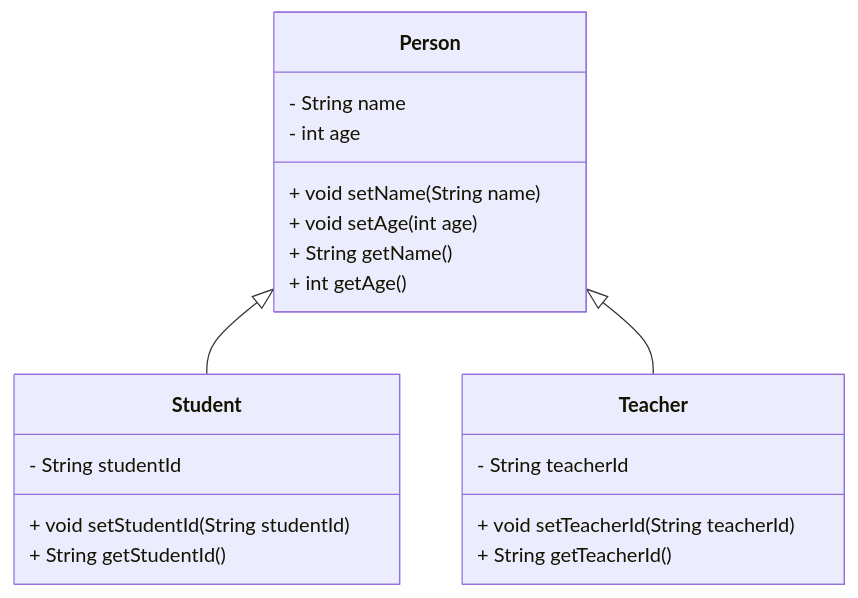
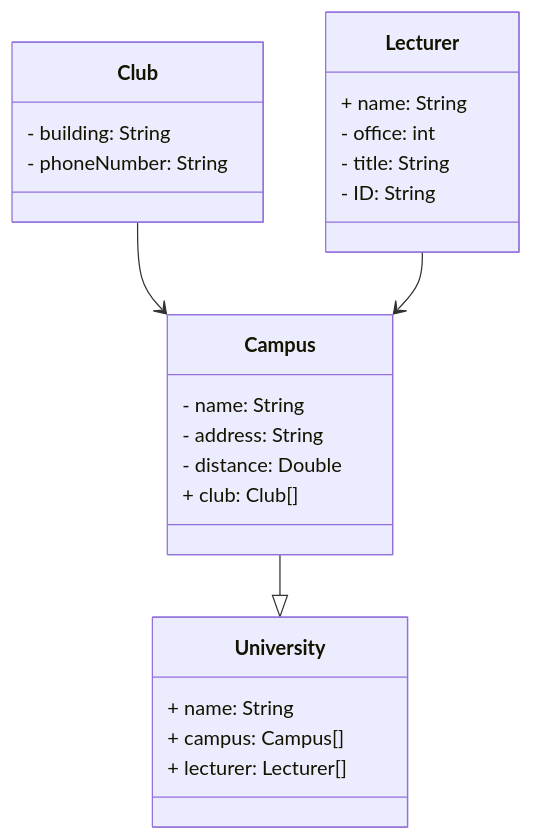
One commit to nhientruong04/vgu_cpp changed the diagram in 0-intro-oop/class-diagram.md. Above: the diagram before and after it, drawn with Mermaid. The commit also changed other lines of this file and 1 other file, not shown here.

Commit message:
add class diagram

````diff
--- a/0-intro-oop/class-diagram.md
+++ b/0-intro-oop/class-diagram.md
@@ -3,23 +7,31 @@
 ```mermaid
 classDiagram
-    class Person {
-        - String name
-        - int age
-        + void setName(String name)
-        + void setAge(int age)
-        + String getName()
-        + int getAge()
+    class University{
+        + name: String
+        + campus: Campus[]
+        + lecturer: Lecturer[]
     }
-    Person <|-- Student
-    Person <|-- Teacher
-    class Student {
-        - String studentId
-        + void setStudentId(String studentId)
-        + String getStudentId()
+
+    class Campus{
+        - name: String
+        - address: String
+        - distance: Double
+        + club: Club[]
     }
-    class Teacher {
-        - String teacherId
-        + void setTeacherId(String teacherId)
-        + String getTeacherId()
+
+    class Club{
+        - building: String
+        - phoneNumber: String
     }
+
+    class Lecturer{
+        + name: String
+        - office: int
+        - title: String
+        - ID: String
+    }
+
+    Campus --|> University
+    Club --> Campus
+    Lecturer --> Campus
 ```
````
